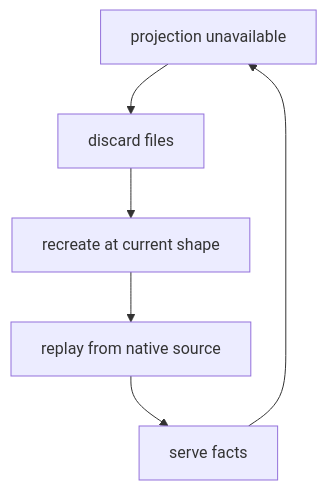
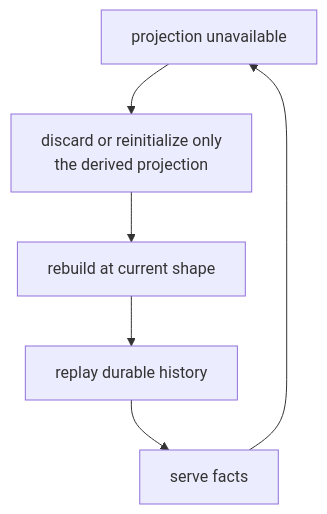
Before and after one commit to infimalabs/spice-rust: the fourth of 14 diagrams in docs/product/model/boundaries.md, drawn with Mermaid. The commit also changed other lines of this file and 120 other files, not shown here.

````diff
--- a/docs/product/model/boundaries.md
+++ b/docs/product/model/boundaries.md
@@ -57,8 +72,8 @@
 ```mermaid
 flowchart TD
-  U["projection unavailable"] --> D["discard files"]
-  D --> C["recreate at current shape"]
-  C --> R["replay from native source"]
+  U["projection unavailable"] --> D["discard or reinitialize only<br/>the derived projection"]
+  D --> C["rebuild at current shape"]
+  C --> R["replay durable history"]
   R --> S["serve facts"]
   S --> U
 ```
````
